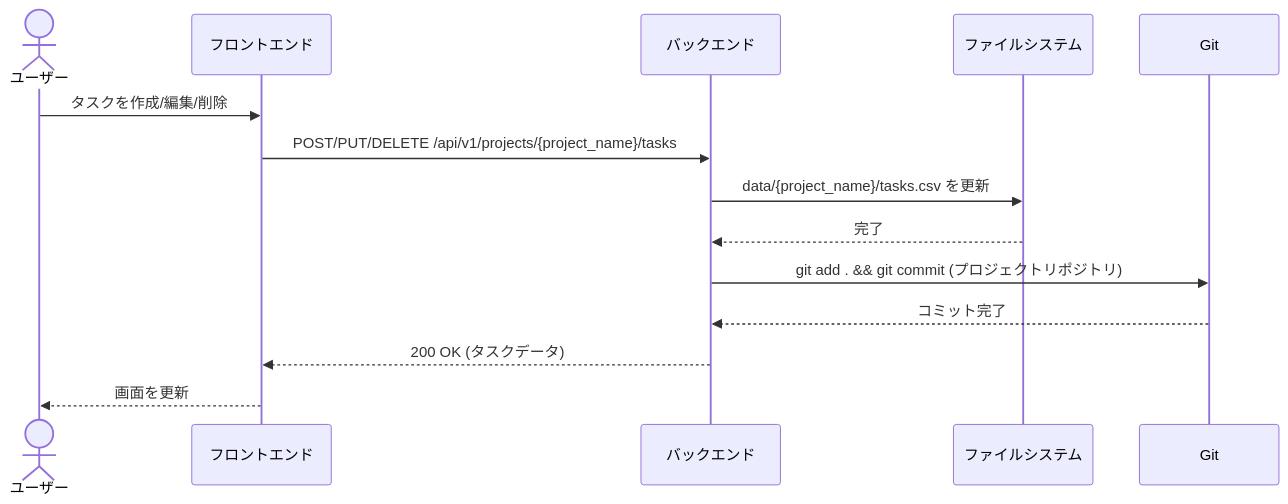
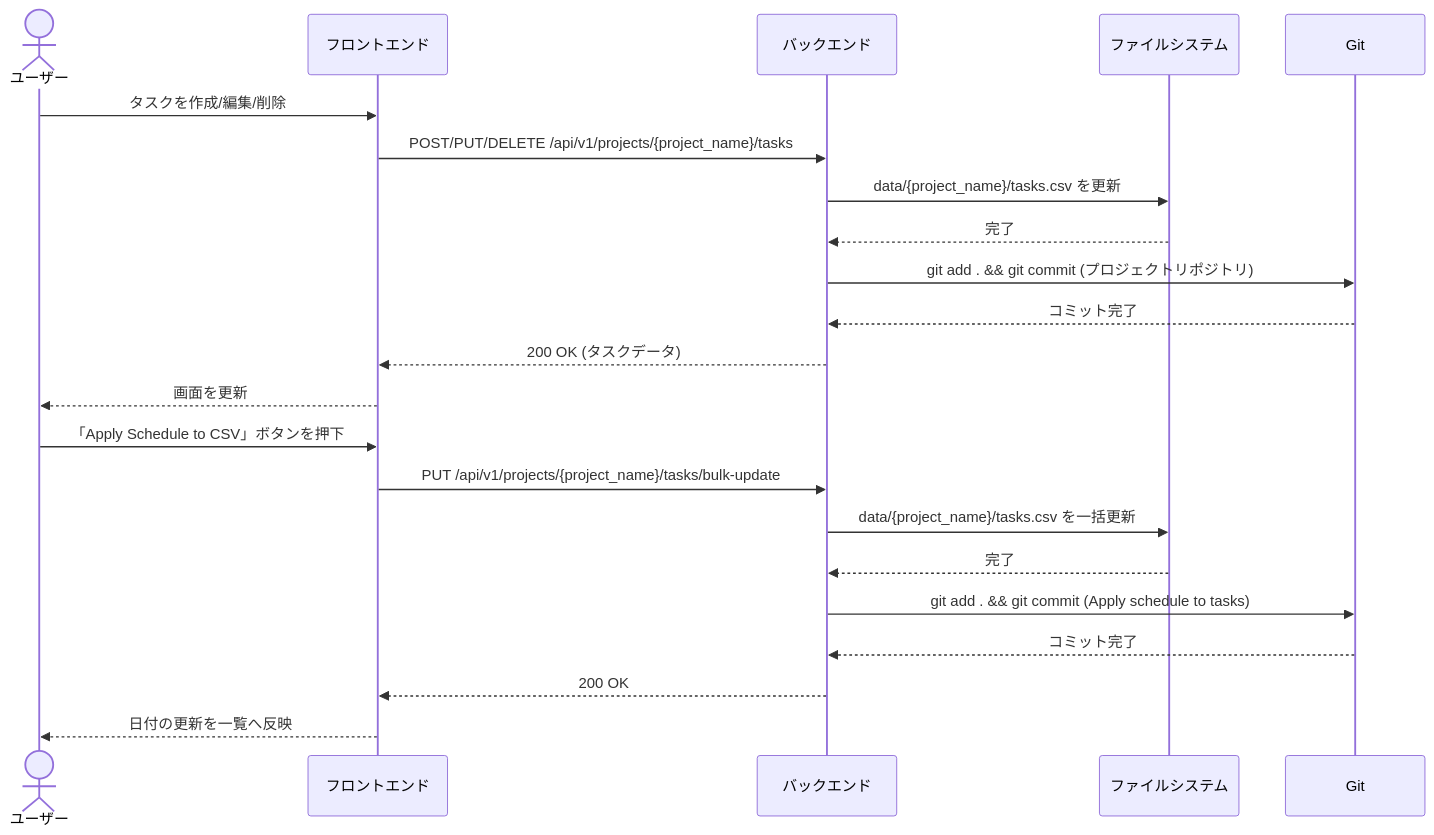
The fourth of 6 diagrams in doc/design/system.ja.md (FukayaLearning/local-project-management-tool), drawn with Mermaid before and after one commit. The commit also changed other lines of this file and 8 other files, not shown here.

````diff
--- a/doc/design/system.ja.md
+++ b/doc/design/system.ja.md
@@ -109,17 +109,26 @@
 ```mermaid
 sequenceDiagram
     actor User as ユーザー
     participant FE as フロントエンド
     participant BE as バックエンド
     participant FS as ファイルシステム
     participant Git as Git
 
     User->>FE: タスクを作成/編集/削除
     FE->>BE: POST/PUT/DELETE /api/v1/projects/{project_name}/tasks
     BE->>FS: data/{project_name}/tasks.csv を更新
     FS-->>BE: 完了
     BE->>Git: git add . && git commit (プロジェクトリポジトリ)
     Git-->>BE: コミット完了
     BE-->>FE: 200 OK (タスクデータ)
     FE-->>User: 画面を更新
+
+    User->>FE: 「Apply Schedule to CSV」ボタンを押下
+    FE->>BE: PUT /api/v1/projects/{project_name}/tasks/bulk-update
+    BE->>FS: data/{project_name}/tasks.csv を一括更新
+    FS-->>BE: 完了
+    BE->>Git: git add . && git commit (Apply schedule to tasks)
+    Git-->>BE: コミット完了
+    BE-->>FE: 200 OK
+    FE-->>User: 日付の更新を一覧へ反映
 ```
````
